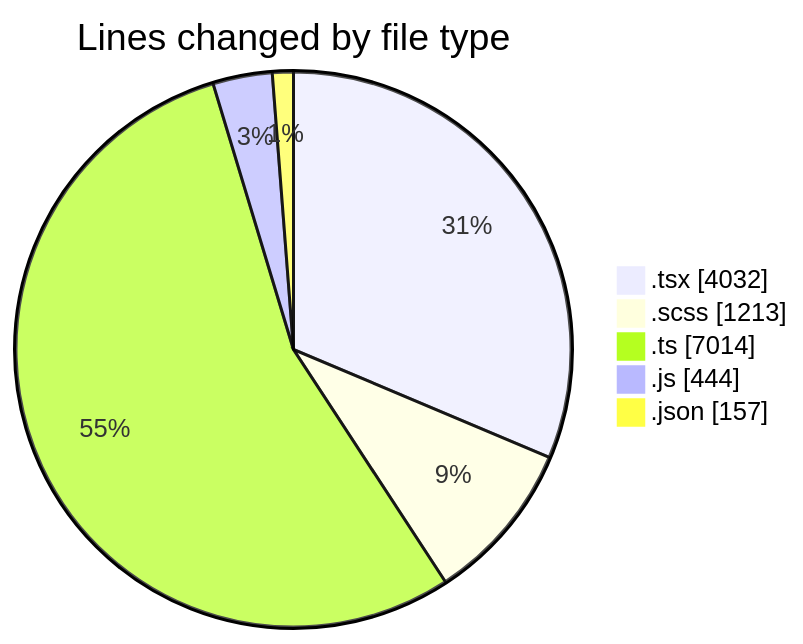
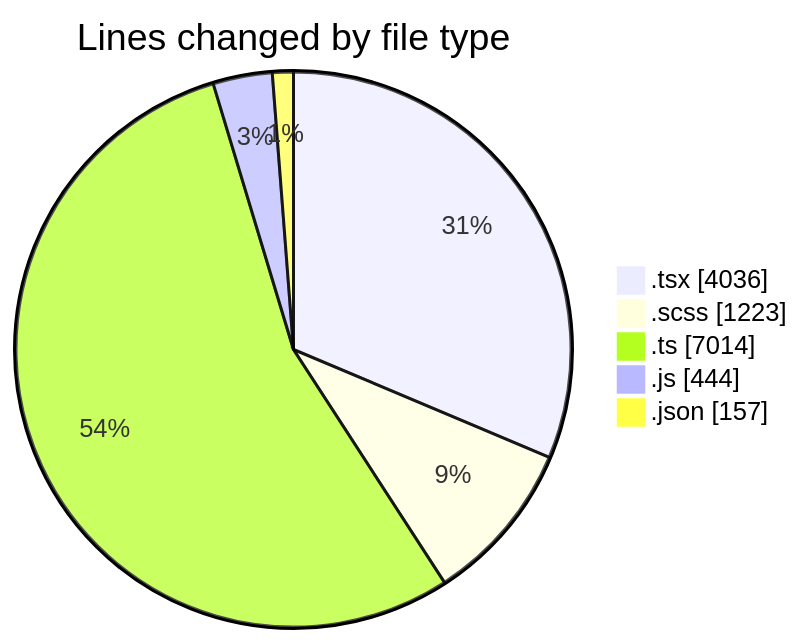
Before and after one commit to momahboobian/code-tracking: the first of 2 diagrams in 2026-04-23/cda/README.md, drawn with Mermaid. The commit also changed other lines of this file and 1 other file, not shown here.

````diff
--- a/2026-04-23/cda/README.md
+++ b/2026-04-23/cda/README.md
@@ -44,9 +44,9 @@
 ```mermaid
 pie showData
 title Lines changed by file type
-".tsx" : 4032
-".scss" : 1213
+".tsx" : 4036
+".scss" : 1223
 ".ts" : 7014
 ".js" : 444
 ".json" : 157
 ```
````
